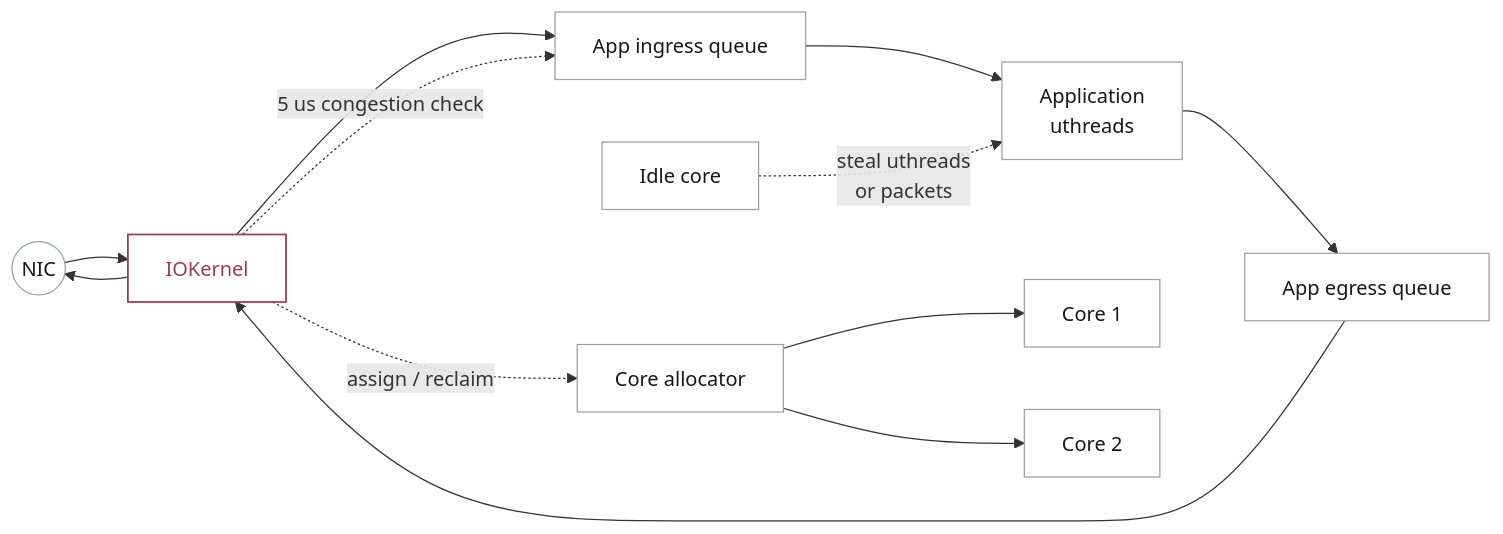
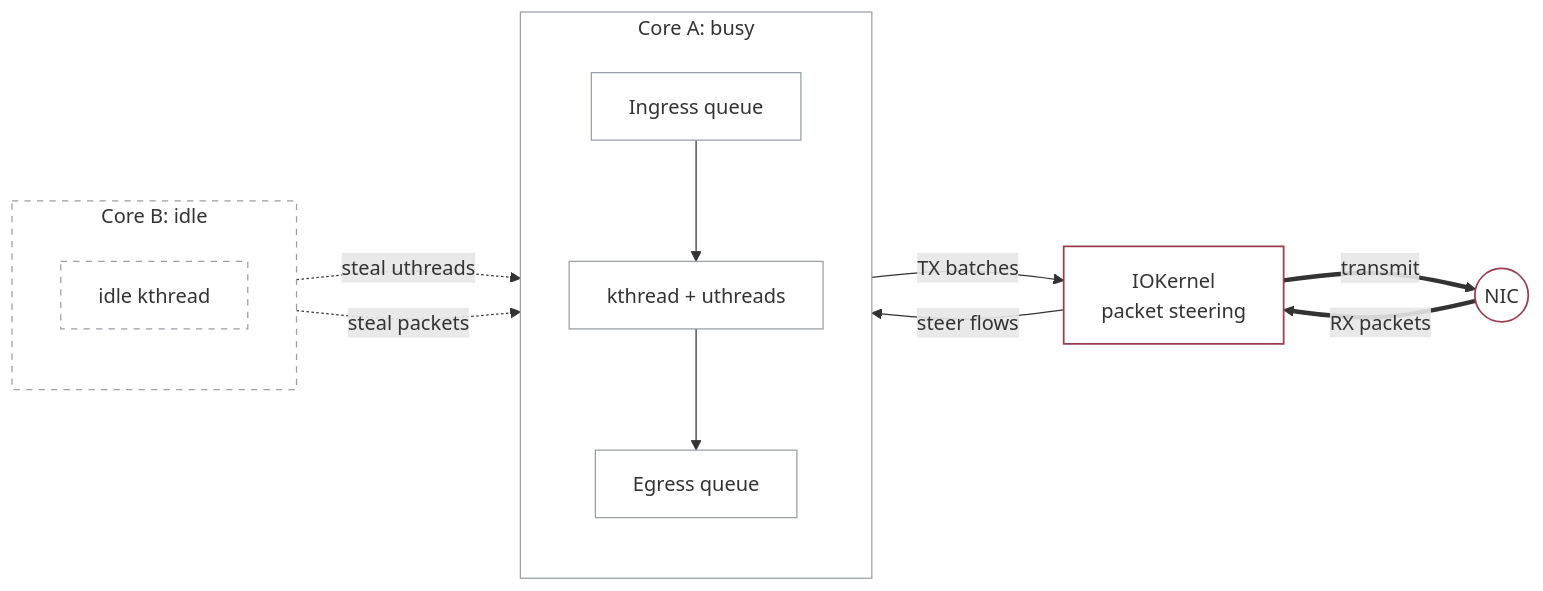
The second of 2 diagrams in _posts/2026-05-22-work-stealing-in-os.md (JiexiaoXu/JiexiaoXu.github.io), drawn with Mermaid before and after one commit. The commit also changed other lines of this file and 4 other files, not shown here.

Commit message:
Refine post metadata and diagrams

````diff
--- a/_posts/2026-05-22-work-stealing-in-os.md
+++ b/_posts/2026-05-22-work-stealing-in-os.md
@@ -114,24 +114,33 @@
 ```mermaid
+%%{init: {"flowchart": {"nodeSpacing": 58, "rankSpacing": 72, "curve": "basis"}} }%%
 flowchart LR
   NIC(("NIC"))
-  IOK["IOKernel"]
-  INQ["App ingress queue"]
-  APP["Application<br/>uthreads"]
-  OUTQ["App egress queue"]
-  CORE["Core allocator"]
-  C1["Core 1"]
-  C2["Core 2"]
-  IDLE["Idle core"]
+  IOK["IOKernel<br/>packet steering"]
 
-  NIC --> IOK --> INQ --> APP --> OUTQ --> IOK --> NIC
-  IOK -. "5 us congestion check" .-> INQ
-  IOK -. "assign / reclaim" .-> CORE
-  CORE --> C1
-  CORE --> C2
-  IDLE -. "steal uthreads<br/>or packets" .-> APP
+  subgraph CoreA["Core A: busy"]
+    direction TB
+    AIN["Ingress queue"]
+    AAPP["kthread + uthreads"]
+    AOUT["Egress queue"]
+    AIN --> AAPP --> AOUT
+  end
 
-  classDef step fill:transparent,stroke:#9aa0a6,stroke-width:1px,color:#161717;
-  classDef focus fill:transparent,stroke:#9b3d51,stroke-width:1.4px,color:#9b3d51;
-  class IOK focus;
-  class NIC,INQ,APP,OUTQ,CORE,C1,C2,IDLE step;
+  subgraph CoreB["Core B: idle"]
+    direction TB
+    BAPP["idle kthread"]
+  end
+
+  NIC ==>|"RX packets"| IOK
+  IOK -->|"steer flows"| AIN
+  AOUT -->|"TX batches"| IOK
+  BAPP -.->|"steal uthreads"| AAPP
+  BAPP -.->|"steal packets"| AIN
+  IOK ==>|"transmit"| NIC
+
+  classDef step fill:transparent,stroke:#9aa0a6,stroke-width:1px;
+  classDef focus fill:transparent,stroke:#9b3d51,stroke-width:1.4px;
+  classDef idle fill:transparent,stroke:#9aa0a6,stroke-width:1px,stroke-dasharray:5 5;
+  class NIC,IOK focus;
+  class CoreA,AIN,AAPP,AOUT step;
+  class CoreB,BAPP idle;
 ```
````
